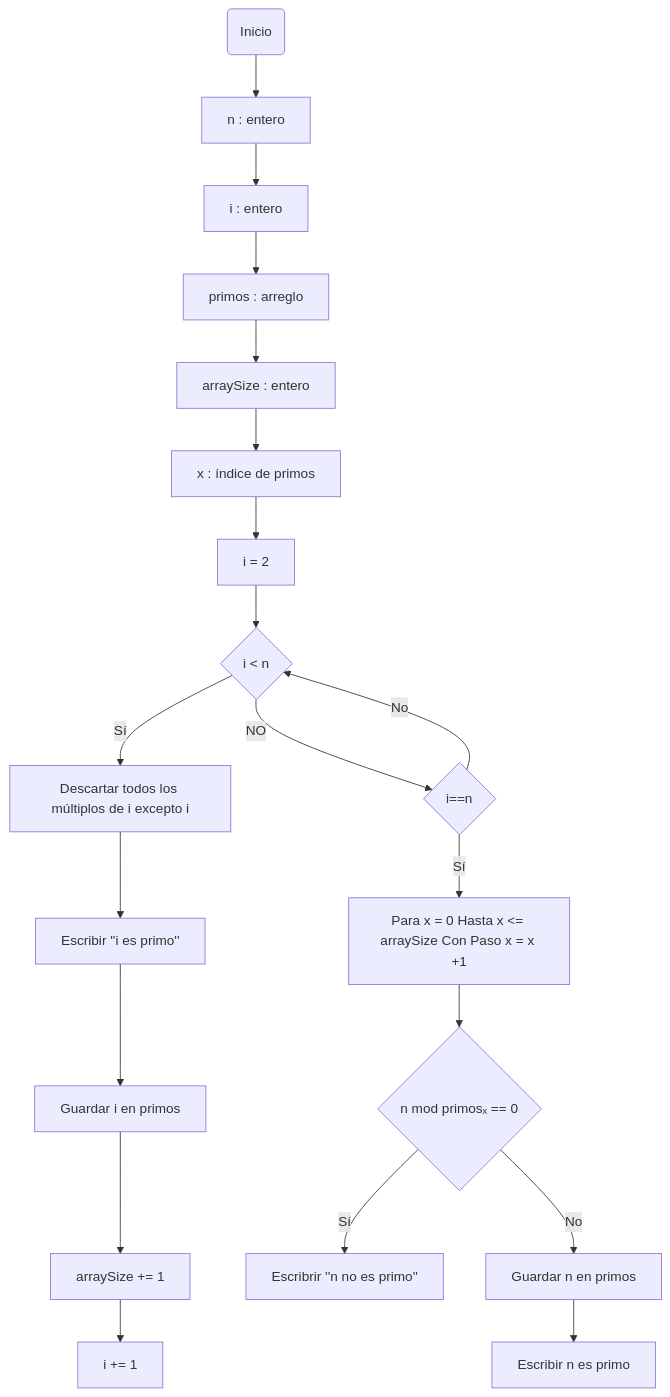
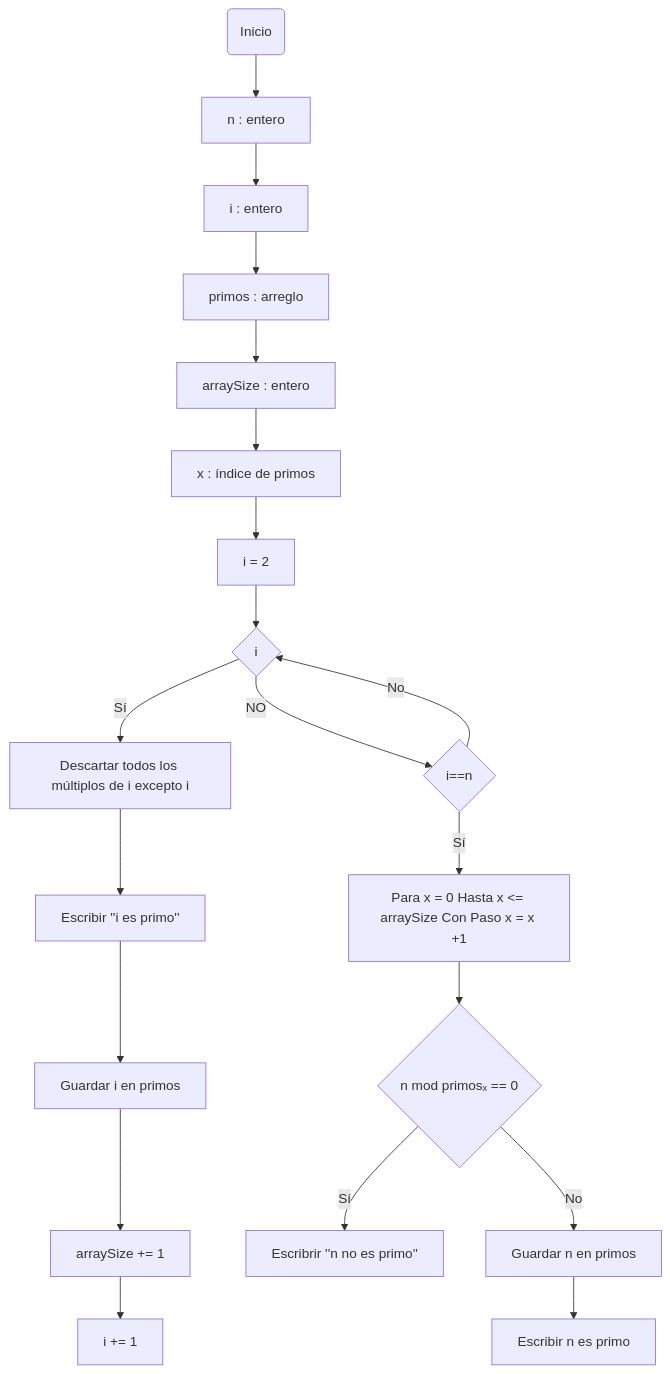
Before and after one commit to JuanJoToAl/Reto-no.3: the diagram in README.md, drawn with Mermaid.

````diff
--- a/README.md
+++ b/README.md
@@ -32,20 +32,20 @@
 ```mermaid
 flowchart TD;
     A(Inicio) --> B[n : entero]
     B-->C;
     C[i : entero] -->D[primos : arreglo]
     D-->E;
     E[arraySize : entero]-->F[x : índice de primos]
     F --> G;
-    G[i = 2]--> H{i < n} -- Sí --> I[Descartar todos los múltiplos de i excepto i]
+    G[i = 2]--> H{i<n} -- Sí --> I[Descartar todos los múltiplos de i excepto i]
     I-->J;
     J[Escribir ''i es primo'']-->K[Guardar i en primos]
     K-->L;
     L[arraySize += 1]-->M[i += 1]
     H-- NO -->N{i==n}-- Sí -->O[Para x = 0 Hasta x <= arraySize Con Paso x = x +1]
     N-- No -->H;
     O -->P{n mod primosₓ == 0}-- Sí -->Q[Escribrir ''n no es primo'']
     P-- No -->R[Guardar n en primos]
     R-->S;
     S[Escribir n es primo]
 ```
````
